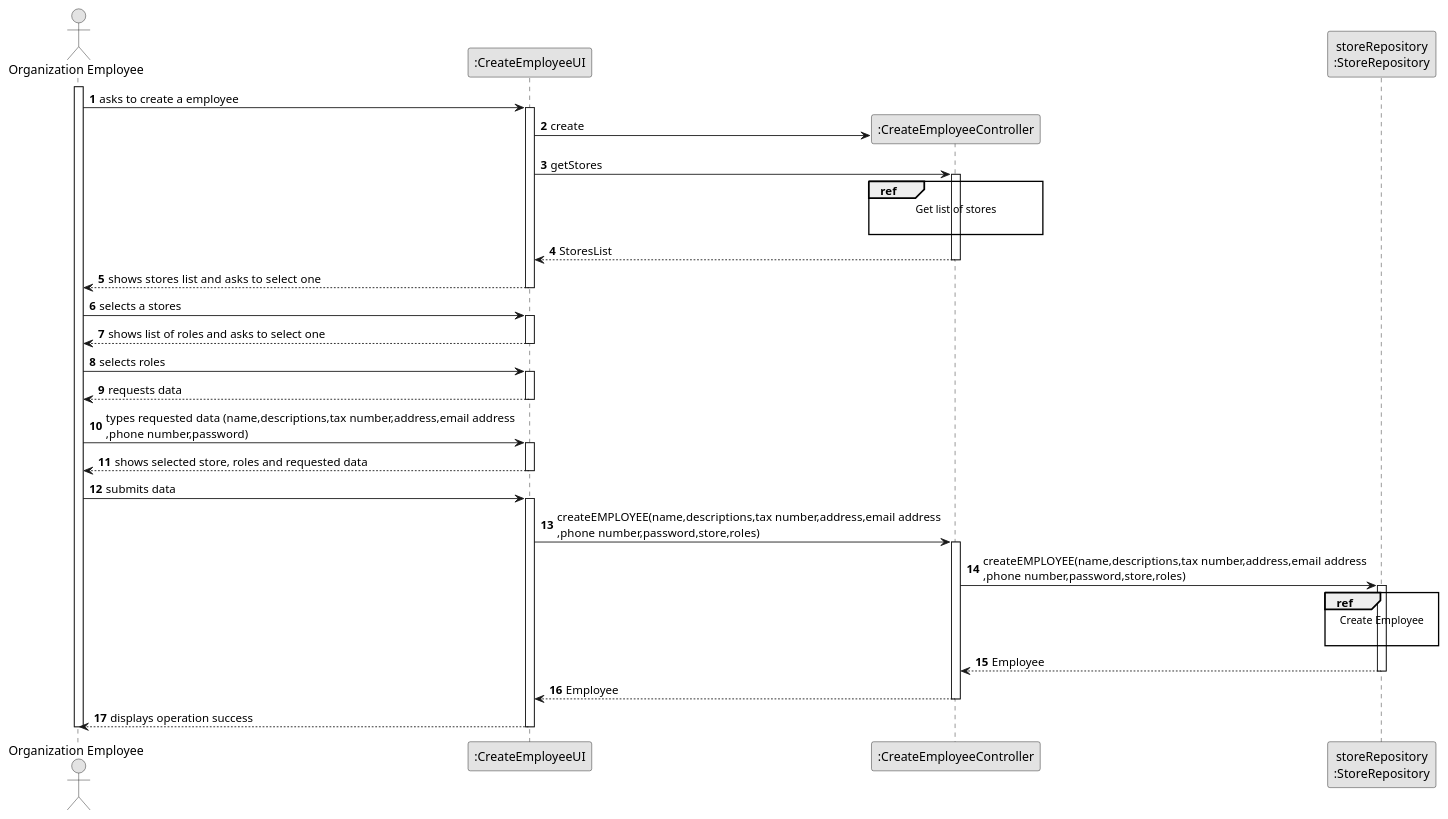
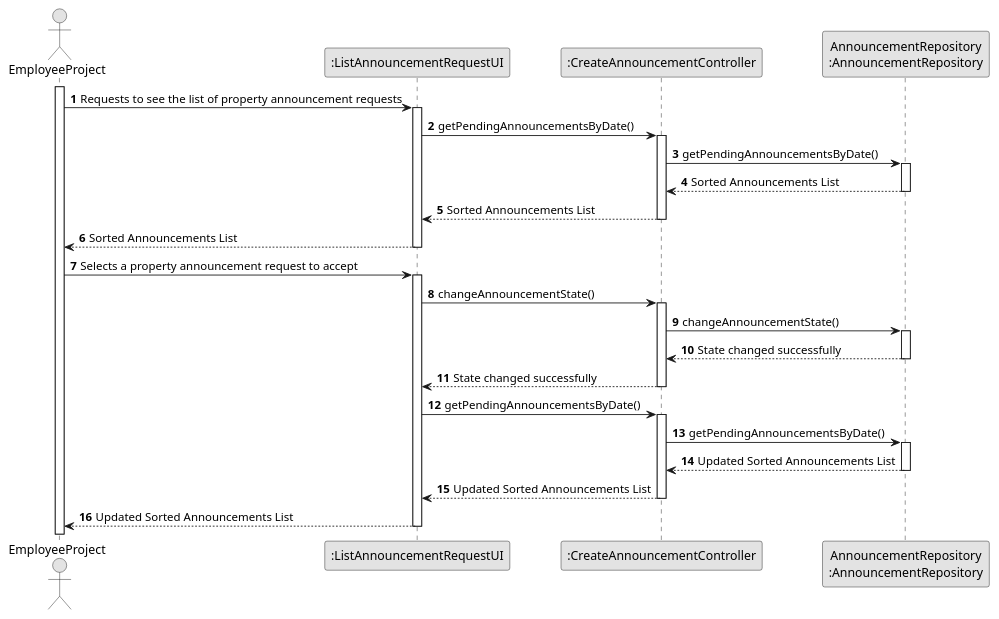
Before and after one commit to hugosilva2901/lei-22-s2-1DO-g68: the diagram in lei-22-s2-1do-g68/docs/SprintC/us008/03.design/puml/us008-sequence-diagram-split.puml, drawn with PlantUML. The commit also changed 5 other files, not shown here.

```diff
--- a/lei-22-s2-1do-g68/docs/SprintC/us008/03.design/puml/us008-sequence-diagram-split.puml
+++ b/lei-22-s2-1do-g68/docs/SprintC/us008/03.design/puml/us008-sequence-diagram-split.puml
@@ -1,75 +1,64 @@
 @startuml
 skinparam monochrome true
 skinparam packageStyle rectangle
 skinparam shadowing false
 
 autonumber
 
 'hide footbox
-actor "Organization Employee" as ADM
-participant ":CreateEmployeeUI" as UI
-participant ":CreateEmployeeController" as CTRL
-participant "storeRepository\n:StoreRepository" as ORG
+actor "EmployeeProject" as User
+participant ":ListAnnouncementRequestUI" as UI
+participant ":CreateAnnouncementController" as CTRL
+participant "AnnouncementRepository\n:AnnouncementRepository" as REPO
 
-activate ADM
+activate User
 
-    ADM -> UI : asks to create a employee
+User -> UI : Requests to see the list of property announcement requests
+activate UI
 
-    activate UI
+UI -> CTRL : getPendingAnnouncementsByDate()
+activate CTRL
 
-        UI -> CTRL** : create
-        UI -> CTRL : getStores
+CTRL -> REPO : getPendingAnnouncementsByDate()
+activate REPO
 
-        ref over CTRL
-            Get list of stores
+REPO --> CTRL : Sorted Announcements List
+deactivate REPO
 
-        end ref
+CTRL --> UI : Sorted Announcements List
+deactivate CTRL
 
-        activate CTRL
+UI --> User : Sorted Announcements List
+deactivate UI
 
-            CTRL --> UI : StoresList
-        deactivate CTRL
+User -> UI : Selects a property announcement request to accept
+activate UI
 
-        UI --> ADM : shows  stores list and asks to select one
-    deactivate UI
-    ADM -> UI : selects a stores
+UI -> CTRL : changeAnnouncementState()
+activate CTRL
 
-    activate UI
+CTRL -> REPO : changeAnnouncementState()
+activate REPO
 
-    UI --> ADM : shows list of roles and asks to select one
+REPO --> CTRL : State changed successfully
+deactivate REPO
 
+CTRL --> UI : State changed successfully
+deactivate CTRL
 
-    deactivate UI
-    ADM -> UI : selects roles
-        activate UI
+UI -> CTRL : getPendingAnnouncementsByDate()
+activate CTRL
 
-            UI --> ADM : requests data
-        deactivate UI
-        ADM -> UI : types requested data (name,descriptions,tax number,address,email address\n,phone number,password)
-        activate UI
+CTRL -> REPO : getPendingAnnouncementsByDate()
+activate REPO
 
-        UI --> ADM : shows selected store, roles and requested data
-        deactivate UI
-        ADM -> UI : submits data
-     activate UI
+REPO --> CTRL : Updated Sorted Announcements List
+deactivate REPO
 
-     UI -> CTRL : createEMPLOYEE(name,descriptions,tax number,address,email address\n,phone number,password,store,roles)
-    activate CTRL
+CTRL --> UI : Updated Sorted Announcements List
+deactivate CTRL
 
-      CTRL -> ORG: createEMPLOYEE(name,descriptions,tax number,address,email address\n,phone number,password,store,roles)
-                 activate ORG
-
-                     ref over ORG
-                         Create Employee
-
-                     end
-
-                     ORG --> CTRL : Employee
-                 deactivate ORG
-            CTRL --> UI: Employee
-              deactivate CTRL
-              UI --> ADM: displays operation success
-      deactivate UI
-deactivate ADM
+UI --> User : Updated Sorted Announcements List
+deactivate UI
 
 @enduml
```
